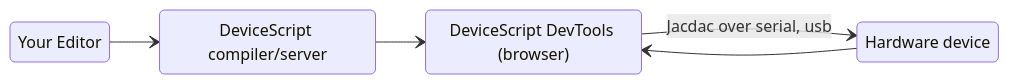
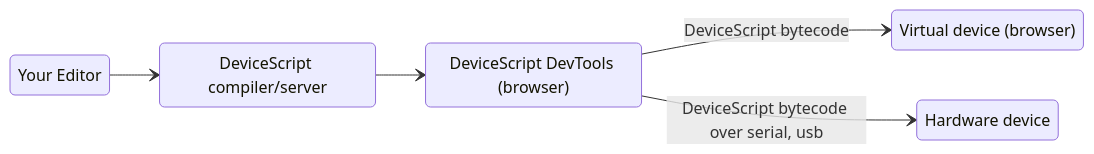
One commit to microsoft/devicescript changed the first of 2 diagrams in website/docs/developer/index.md. Above: the diagram before and after it, drawn with Mermaid. The commit also changed other lines of this file, not shown here.

````diff
--- a/website/docs/developer/index.md
+++ b/website/docs/developer/index.md
@@ -32,12 +34,13 @@
 ```mermaid
 stateDiagram-v2
     direction LR
     code: Your Editor
     cli: DeviceScript compiler/server
     browser: DeviceScript DevTools (browser)
     device: Hardware device
+    simulator: Virtual device (browser)
     code --> cli
     cli --> browser
-    browser --> device: Jacdac over serial, usb
-    device --> browser
+    browser --> simulator: DeviceScript bytecode
+    browser --> device: DeviceScript bytecode over serial, usb
 ```
````
